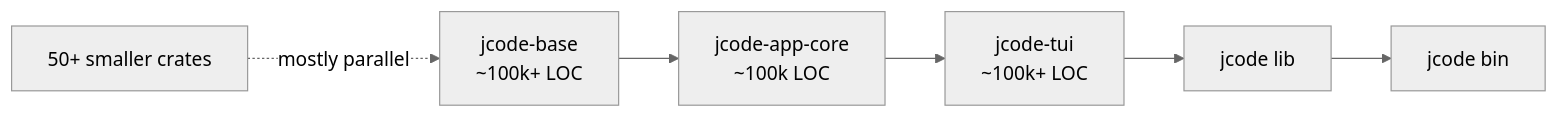
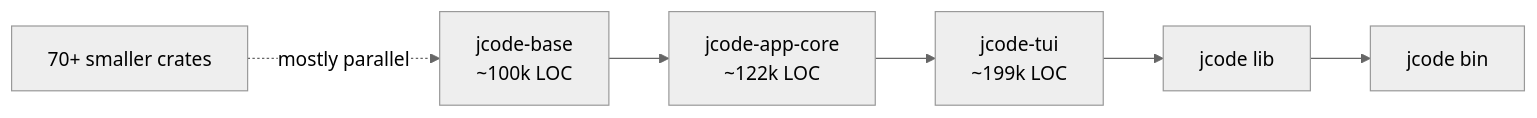
The first of 2 diagrams in docs/COMPILE_TIME_ISOLATION_REFACTOR.md (indrajeetadityaroy9/jcode), drawn with Mermaid (neutral theme) before and after one commit. The commit also changed other lines of this file and 167 other files, not shown here.

````diff
--- a/docs/COMPILE_TIME_ISOLATION_REFACTOR.md
+++ b/docs/COMPILE_TIME_ISOLATION_REFACTOR.md
@@ -15,8 +23,8 @@
 ```mermaid
 graph LR
-    base["jcode-base\n~100k+ LOC"] --> appcore["jcode-app-core\n~100k LOC"]
-    appcore --> tui["jcode-tui\n~100k+ LOC"]
+    base["jcode-base\n~100k LOC"] --> appcore["jcode-app-core\n~122k LOC"]
+    appcore --> tui["jcode-tui\n~199k LOC"]
     tui --> rootlib["jcode lib"]
     rootlib --> bin["jcode bin"]
-    small["50+ smaller crates"] -. mostly parallel .-> base
+    small["70+ smaller crates"] -. mostly parallel .-> base
 ```
````
